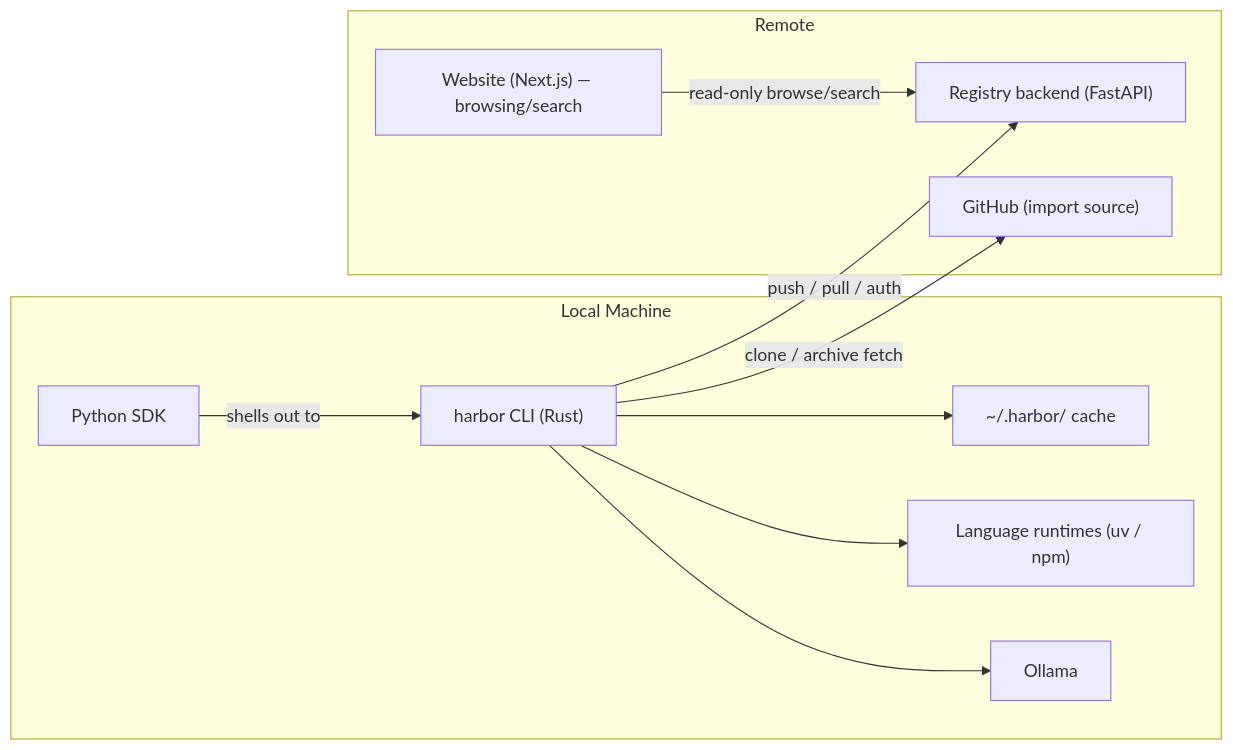
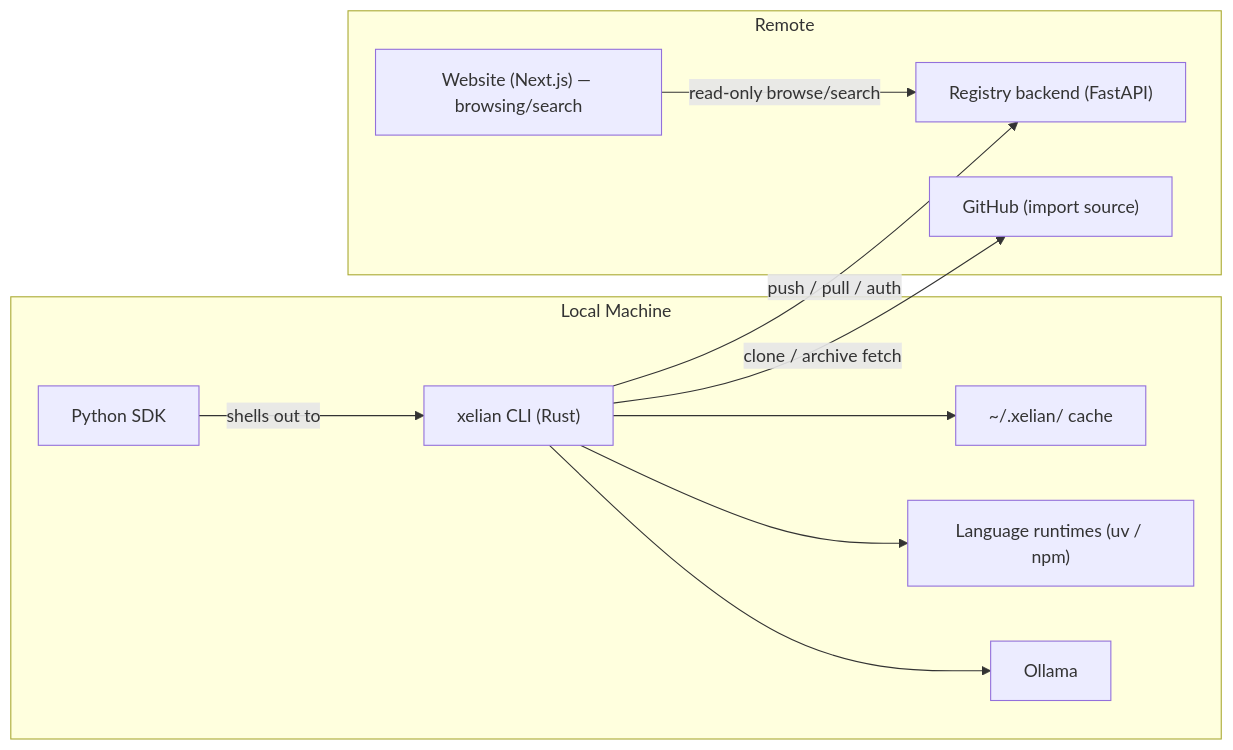
Before and after one commit to yuvitbatra/Xelian: the first of 3 diagrams in SPEC.md, drawn with Mermaid. The commit also changed other lines of this file and 70 other files, not shown here.

First line of the commit message:
H-200: rename Harbor -> Xelian across the entire project

````diff
--- a/SPEC.md
+++ b/SPEC.md
@@ -170,23 +170,23 @@
 ```mermaid
 flowchart LR
     subgraph Local Machine
-        CLI["harbor CLI (Rust)"]
+        CLI["xelian CLI (Rust)"]
         SDK["Python SDK"]
-        Cache["~/.harbor/ cache"]
+        Cache["~/.xelian/ cache"]
         Runtime["Language runtimes (uv / npm)"]
         Ollama["Ollama"]
     end
     subgraph Remote
         Registry["Registry backend (FastAPI)"]
         GitHub["GitHub (import source)"]
         Website["Website (Next.js) — browsing/search"]
     end
 
     SDK -->|shells out to| CLI
     CLI -->|push / pull / auth| Registry
     CLI -->|clone / archive fetch| GitHub
     CLI --> Cache
     CLI --> Runtime
     CLI --> Ollama
     Website -->|read-only browse/search| Registry
 ```
````
